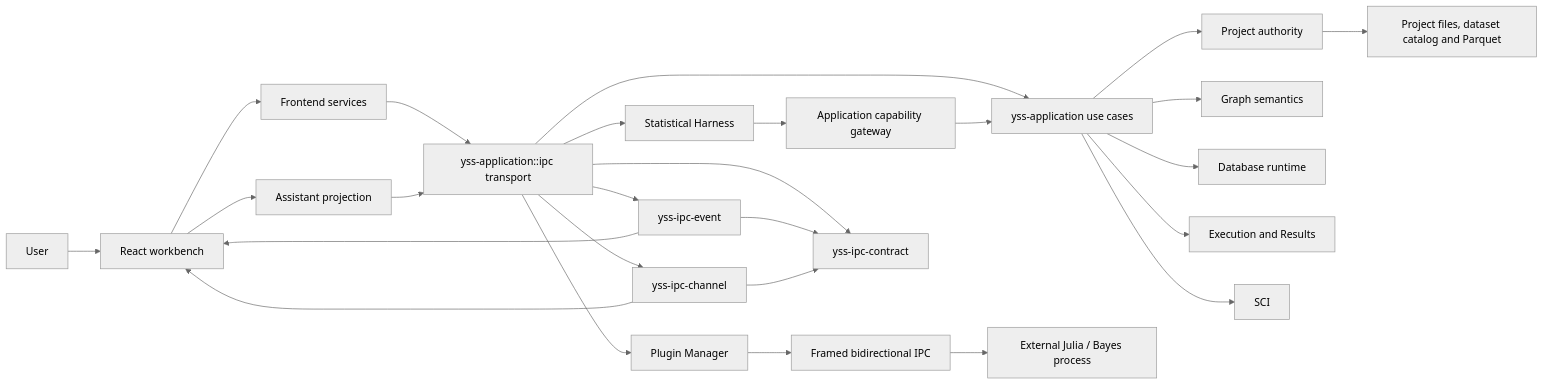
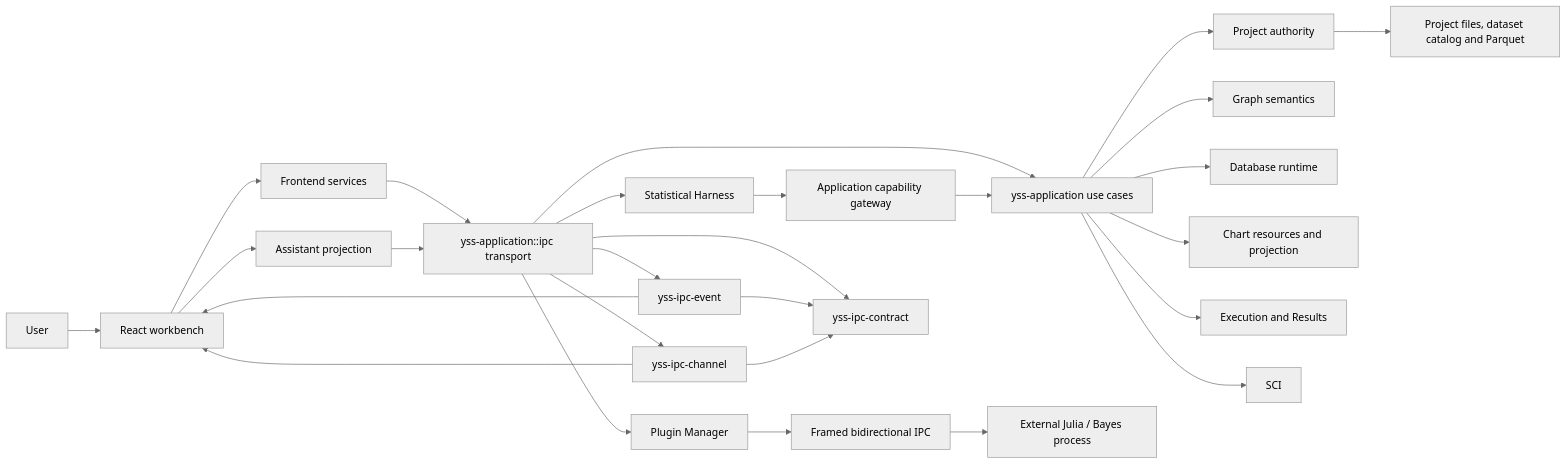
Before and after one commit to zhouyi207/YssBI: the first of 2 diagrams in docs/architecture/ARCHITECTURE.md, drawn with Mermaid (neutral theme). The commit also changed other lines of this file and 10 other files, not shown here.

Commit message:
docs(architecture): align component boundaries and migration status

````diff
--- a/docs/architecture/ARCHITECTURE.md
+++ b/docs/architecture/ARCHITECTURE.md
@@ -14,28 +14,29 @@
 ```mermaid
 flowchart LR
   USER[User] --> UI[React workbench]
   UI --> SERVICES[Frontend services]
   SERVICES --> API[yss-application::ipc transport]
   API --> APP[yss-application use cases]
   APP --> PROJECT[Project authority]
   APP --> GRAPH[Graph semantics]
   APP --> DATABASE[Database runtime]
+  APP --> CHART[Chart resources and projection]
   APP --> EXECUTION[Execution and Results]
   APP --> SCI[SCI]
   API --> PLUGINS[Plugin Manager]
   PLUGINS --> IPC[Framed bidirectional IPC]
   IPC --> EXT[External Julia / Bayes process]
   UI --> HARNESSUI[Assistant projection]
   HARNESSUI --> API
   API --> HARNESS[Statistical Harness]
   HARNESS --> GATEWAY[Application capability gateway]
   GATEWAY --> APP
   PROJECT --> STORAGE[Project files, dataset catalog and Parquet]
   API --> EVENTS[yss-ipc-event]
   API --> CHANNELS[yss-ipc-channel]
   API --> WIRE[yss-ipc-contract]
   EVENTS --> WIRE
   CHANNELS --> WIRE
   EVENTS --> UI
   CHANNELS --> UI
 ```
````
